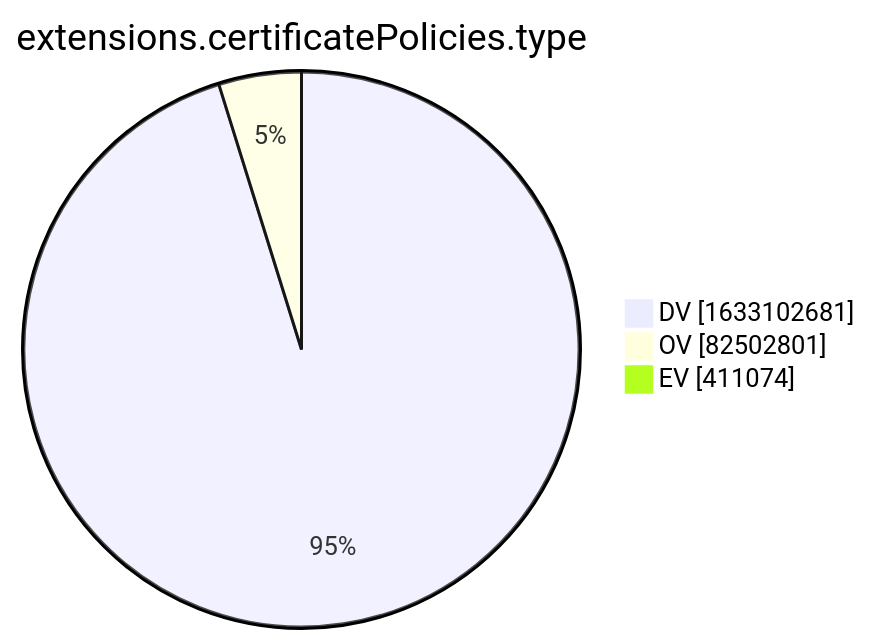
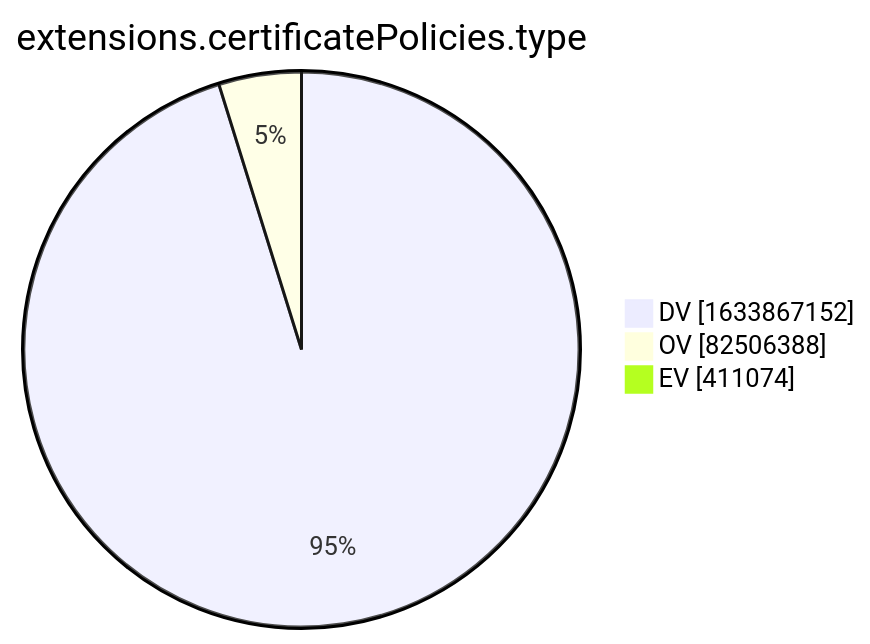
The tenth of 15 diagrams in xenon2022/README.md (christiankrug/ctmonitor_visualization), drawn with Mermaid before and after one commit. The commit also changed other lines of this file, not shown here.

````diff
--- a/xenon2022/README.md
+++ b/xenon2022/README.md
@@ -2878,7 +2879,7 @@
 ```mermaid
 pie showData
 title extensions.certificatePolicies.type
-"DV" :1633102681
-"OV" :82502801
+"DV" :1633867152
+"OV" :82506388
 "EV" :411074
 ```
````
